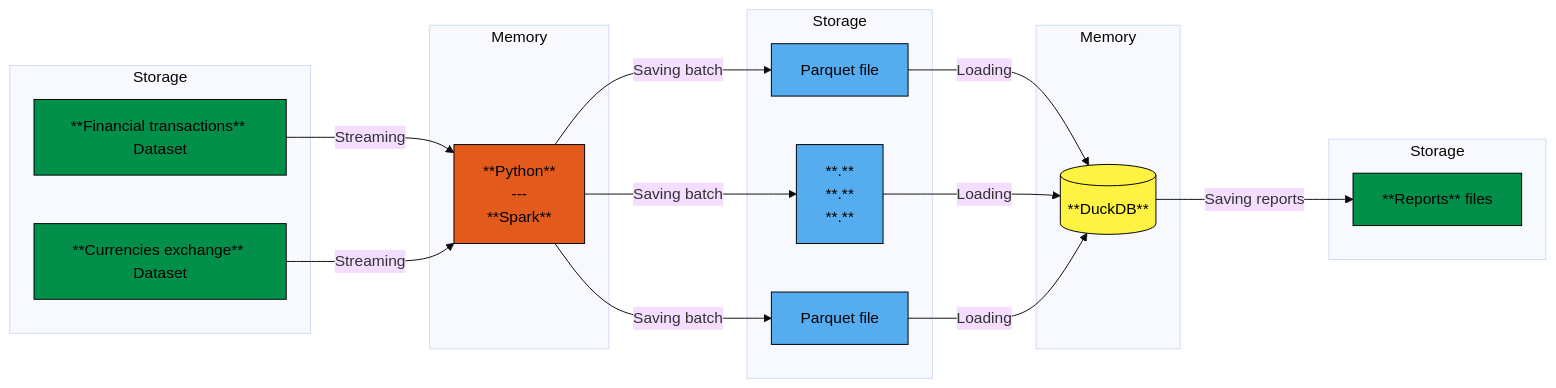
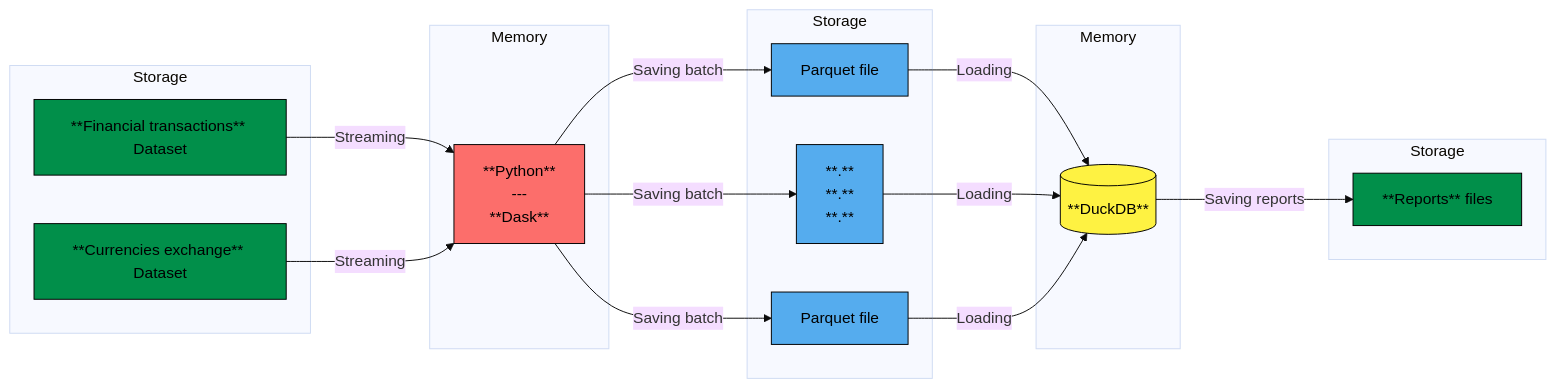
The diagram in README.md (LugolBis/data-financial), drawn with Mermaid (base theme) before and after one commit. The commit also changed other lines of this file, not shown here.

````diff
--- a/README.md
+++ b/README.md
@@ -9,44 +9,44 @@
 ```mermaid
 flowchart LR
-    A[**Financial transactions** Dataset] -->|Streaming| C[**Python** <br>--- <br> **Spark**]
-    B[**Currencies exchange** Dataset] -->|Streaming| C[**Python** <br>--- <br> **Spark**]
+    A[**Financial transactions** Dataset] -->|Streaming| C[**Python** <br>--- <br> **Dask**]
+    B[**Currencies exchange** Dataset] -->|Streaming| C[**Python** <br>--- <br> **Dask**]
     C -->|Saving batch| D0[Parquet file]
     C -->|Saving batch| D1[**.**<br>**.**<br> **.**]
     C -->|Saving batch| D2[Parquet file]
     D0 -->|Loading| E[(**DuckDB**)]
     D1 -->|Loading| E[(**DuckDB**)]
     D2 -->|Loading| E[(**DuckDB**)]
     E -->|Saving reports| F[**Reports** files]
 
     subgraph Extraction [Storage]
         A
         B
     end
 
     subgraph Processing [Memory]
         C
     end
 
     subgraph Save [Storage]
         D0
         D1
         D2
     end
 
     subgraph DBInMemory [Memory]
         E
     end
 
     subgraph Reports [Storage]
         F
     end
     
     style A fill:#018f4a,stroke:#000000,color:#000000,stroke-width:1px
     style B fill:#018f4a,stroke:#000000,color:#000000,stroke-width:1px
-    style C fill:#e25a1c,stroke:#000000,color:#000000,stroke-width:1px
+    style C fill:#fc6e6b,stroke:#000000,color:#000000,stroke-width:1px
     style D0 fill:#55acee,stroke:#000000,color:#000000,stroke-width:1px
     style D1 fill:#55acee,stroke:#000000,color:#000000,stroke-width:1px
     style D2 fill:#55acee,stroke:#000000,color:#000000,stroke-width:1px
     style E fill:#fef242,stroke:#000000,color:#000000,stroke-width:1px
     style F fill:#018f4a,stroke:#000000,color:#000000,stroke-width:1px
 ```
````
